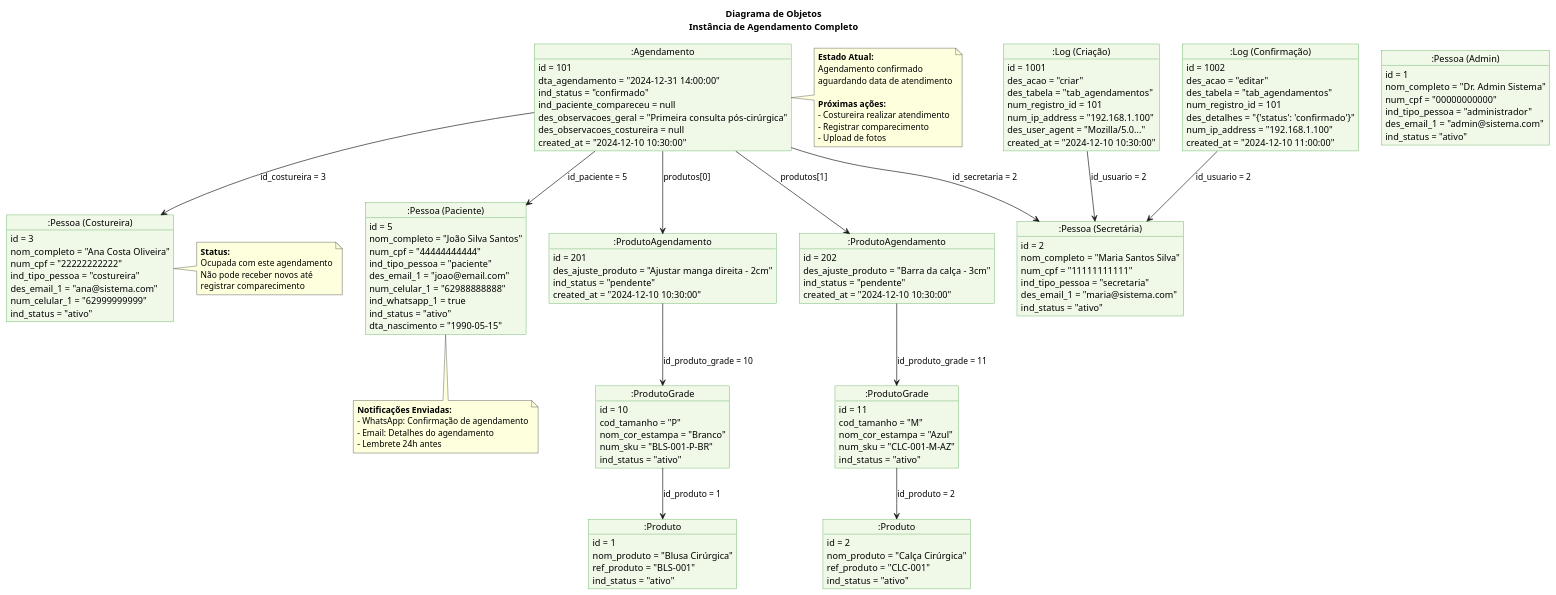
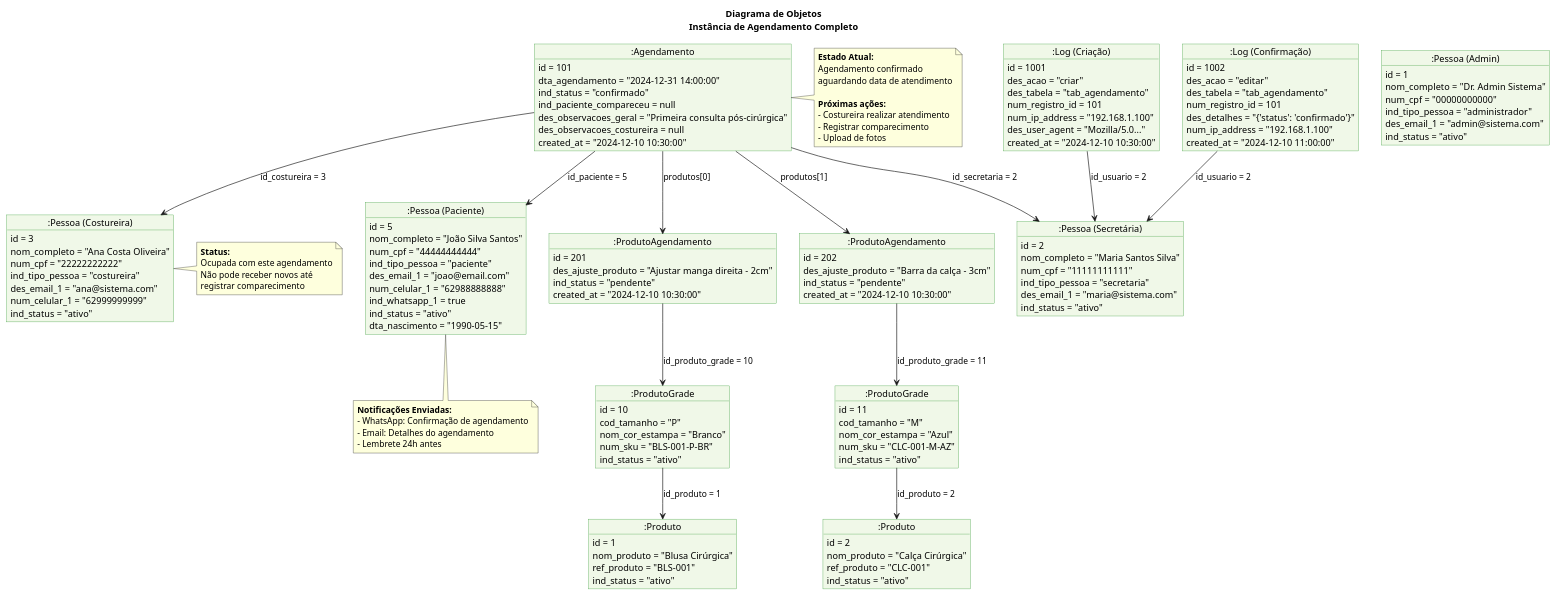
Before and after one commit to RamonSouto/BackEndAgenda: the diagram in doc/4 - Diagrama_Objeto.wsd, drawn with PlantUML. The commit also changed 79 other files, not shown here.

```diff
--- a/doc/4 - Diagrama_Objeto.wsd
+++ b/doc/4 - Diagrama_Objeto.wsd
@@ -1,165 +1,165 @@
 @startuml Diagrama_Objetos
 skinparam objectBackgroundColor #F0F8E8
 skinparam objectBorderColor #339933
 
 title Diagrama de Objetos\nInstância de Agendamento Completo
 
 object ":Pessoa (Admin)" as admin {
   id = 1
   nom_completo = "Dr. Admin Sistema"
   num_cpf = "00000000000"
   ind_tipo_pessoa = "administrador"
   des_email_1 = "admin@sistema.com"
   ind_status = "ativo"
 }
 
 object ":Pessoa (Secretária)" as secretaria {
   id = 2
   nom_completo = "Maria Santos Silva"
   num_cpf = "11111111111"
   ind_tipo_pessoa = "secretaria"
   des_email_1 = "maria@sistema.com"
   ind_status = "ativo"
 }
 
 object ":Pessoa (Costureira)" as costureira {
   id = 3
   nom_completo = "Ana Costa Oliveira"
   num_cpf = "22222222222"
   ind_tipo_pessoa = "costureira"
   des_email_1 = "ana@sistema.com"
   num_celular_1 = "62999999999"
   ind_status = "ativo"
 }
 
 object ":Pessoa (Paciente)" as paciente {
   id = 5
   nom_completo = "João Silva Santos"
   num_cpf = "44444444444"
   ind_tipo_pessoa = "paciente"
   des_email_1 = "joao@email.com"
   num_celular_1 = "62988888888"
   ind_whatsapp_1 = true
   ind_status = "ativo"
   dta_nascimento = "1990-05-15"
 }
 
 object ":Agendamento" as agendamento {
   id = 101
   dta_agendamento = "2024-12-31 14:00:00"
   ind_status = "confirmado"
   ind_paciente_compareceu = null
   des_observacoes_geral = "Primeira consulta pós-cirúrgica"
   des_observacoes_costureira = null
   created_at = "2024-12-10 10:30:00"
 }
 
 object ":Produto" as produtoBlusa {
   id = 1
   nom_produto = "Blusa Cirúrgica"
   ref_produto = "BLS-001"
   ind_status = "ativo"
 }
 
 object ":ProdutoGrade" as gradeBlusaP {
   id = 10
   cod_tamanho = "P"
   nom_cor_estampa = "Branco"
   num_sku = "BLS-001-P-BR"
   ind_status = "ativo"
 }
 
 object ":Produto" as produtoCalca {
   id = 2
   nom_produto = "Calça Cirúrgica"
   ref_produto = "CLC-001"
   ind_status = "ativo"
 }
 
 object ":ProdutoGrade" as gradeCalcaM {
   id = 11
   cod_tamanho = "M"
   nom_cor_estampa = "Azul"
   num_sku = "CLC-001-M-AZ"
   ind_status = "ativo"
 }
 
 object ":ProdutoAgendamento" as prodAgend1 {
   id = 201
   des_ajuste_produto = "Ajustar manga direita - 2cm"
   ind_status = "pendente"
   created_at = "2024-12-10 10:30:00"
 }
 
 object ":ProdutoAgendamento" as prodAgend2 {
   id = 202
   des_ajuste_produto = "Barra da calça - 3cm"
   ind_status = "pendente"
   created_at = "2024-12-10 10:30:00"
 }
 
 object ":Log (Criação)" as logCriacao {
   id = 1001
   des_acao = "criar"
-  des_tabela = "tab_agendamentos"
+  des_tabela = "tab_agendamento"
   num_registro_id = 101
   num_ip_address = "192.168.1.100"
   des_user_agent = "Mozilla/5.0..."
   created_at = "2024-12-10 10:30:00"
 }
 
 object ":Log (Confirmação)" as logConfirmacao {
   id = 1002
   des_acao = "editar"
-  des_tabela = "tab_agendamentos"
+  des_tabela = "tab_agendamento"
   num_registro_id = 101
   des_detalhes = "{'status': 'confirmado'}"
   num_ip_address = "192.168.1.100"
   created_at = "2024-12-10 11:00:00"
 }
 
 ' Relacionamentos do Agendamento
 agendamento --> paciente : id_paciente = 5
 agendamento --> costureira : id_costureira = 3
 agendamento --> secretaria : id_secretaria = 2
 
 ' Relacionamentos dos Produtos
 agendamento --> prodAgend1 : produtos[0]
 agendamento --> prodAgend2 : produtos[1]
 
 prodAgend1 --> gradeBlusaP : id_produto_grade = 10
 prodAgend2 --> gradeCalcaM : id_produto_grade = 11
 
 gradeBlusaP --> produtoBlusa : id_produto = 1
 gradeCalcaM --> produtoCalca : id_produto = 2
 
 ' Relacionamentos dos Logs
 logCriacao --> secretaria : id_usuario = 2
 logConfirmacao --> secretaria : id_usuario = 2
 
 note right of agendamento
   **Estado Atual:**
   Agendamento confirmado
   aguardando data de atendimento
   
   **Próximas ações:**
   - Costureira realizar atendimento
   - Registrar comparecimento
   - Upload de fotos
 end note
 
 note bottom of paciente
   **Notificações Enviadas:**
   - WhatsApp: Confirmação de agendamento
   - Email: Detalhes do agendamento
   - Lembrete 24h antes
 end note
 
 note right of costureira
   **Status:**
   Ocupada com este agendamento
   Não pode receber novos até
   registrar comparecimento
 end note
 
 @enduml
```
